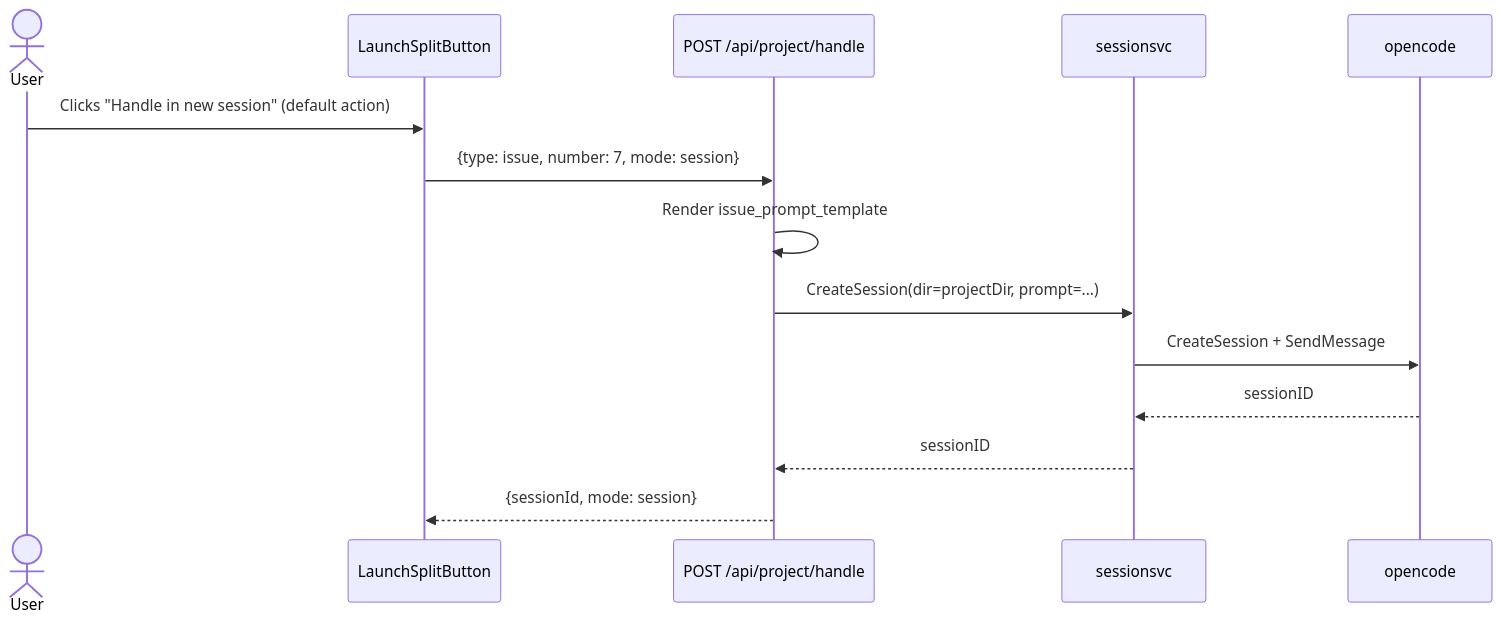
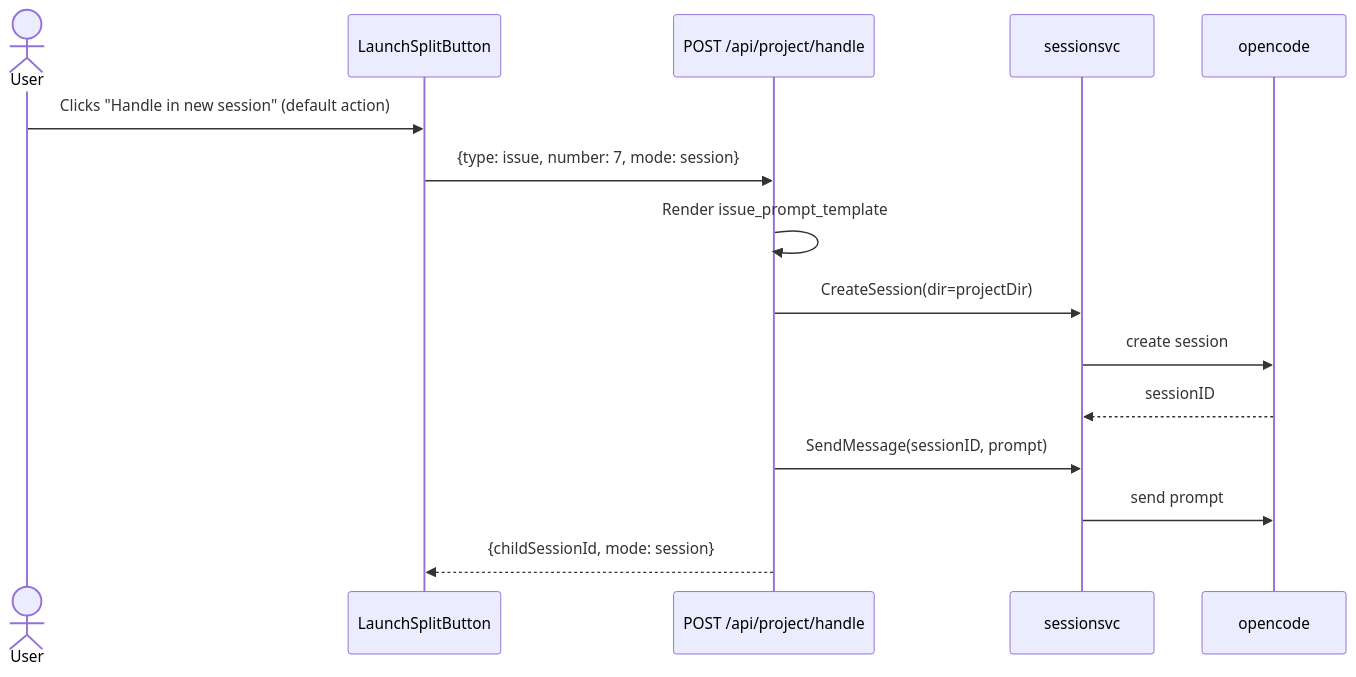
One commit to ocman/ocman changed the seventh of 7 diagrams in spec/pr-issue-sidebar/architecture.md. Above: the diagram before and after it, drawn with Mermaid. The commit also changed other lines of this file and 19 other files, not shown here.

````diff
--- a/spec/pr-issue-sidebar/architecture.md
+++ b/spec/pr-issue-sidebar/architecture.md
@@ -853,17 +853,18 @@
 ```mermaid
 sequenceDiagram
     actor User
     participant FE as LaunchSplitButton
     participant H as POST /api/project/handle
     participant SS as sessionsvc
     participant OC as opencode
 
     User->>FE: Clicks "Handle in new session" (default action)
     FE->>H: {type: issue, number: 7, mode: session}
     H->>H: Render issue_prompt_template
-    H->>SS: CreateSession(dir=projectDir, prompt=...)
-    SS->>OC: CreateSession + SendMessage
+    H->>SS: CreateSession(dir=projectDir)
+    SS->>OC: create session
     OC-->>SS: sessionID
-    SS-->>H: sessionID
-    H-->>FE: {sessionId, mode: session}
+    H->>SS: SendMessage(sessionID, prompt)
+    SS->>OC: send prompt
+    H-->>FE: {childSessionId, mode: session}
 ```
````
